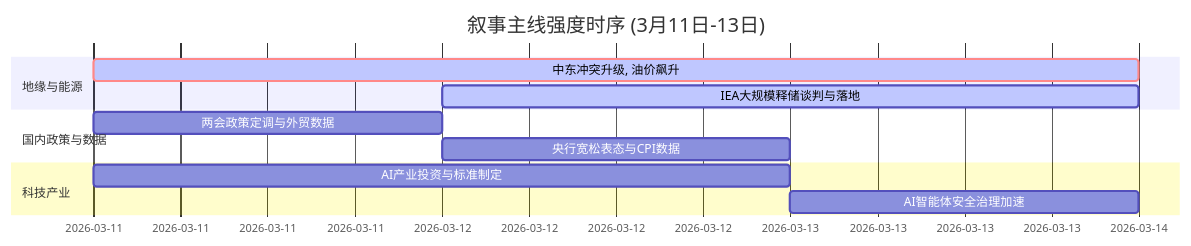
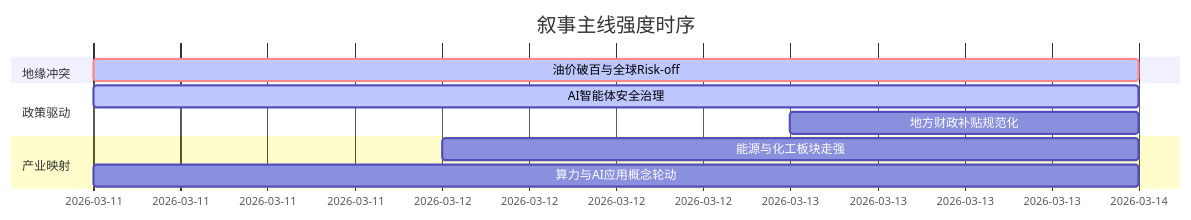
The diagram in 5day_report.md (uu5zn/uu5zn.github.io), drawn with Mermaid before and after one commit. The commit also changed other lines of this file and 2 other files, not shown here.

````diff
--- a/5day_report.md
+++ b/5day_report.md
@@ -54,14 +54,13 @@
 ```mermaid
 gantt
-    title 叙事主线强度时序 (3月11日-13日)
+    title 叙事主线强度时序
     dateFormat  YYYY-MM-DD
-    section 地缘与能源
-    中东冲突升级, 油价飙升   :crit, active, 2026-03-11, 3d
-    IEA大规模释储谈判与落地   :active, 2026-03-12, 2d
-    section 国内政策与数据
-    两会政策定调与外贸数据   :2026-03-11, 1d
-    央行宽松表态与CPI数据    :2026-03-12, 1d
-    section 科技产业
-    AI产业投资与标准制定     :2026-03-11, 2d
-    AI智能体安全治理加速     :2026-03-13, 1d
+    section 地缘冲突
+    油价破百与全球Risk-off   :crit, active, 2026-03-11, 3d
+    section 政策驱动
+    AI智能体安全治理       :active, 2026-03-11, 3d
+    地方财政补贴规范化     :2026-03-13, 1d
+    section 产业映射
+    能源与化工板块走强     :2026-03-12, 2d
+    算力与AI应用概念轮动   :2026-03-11, 3d
 ```
````
